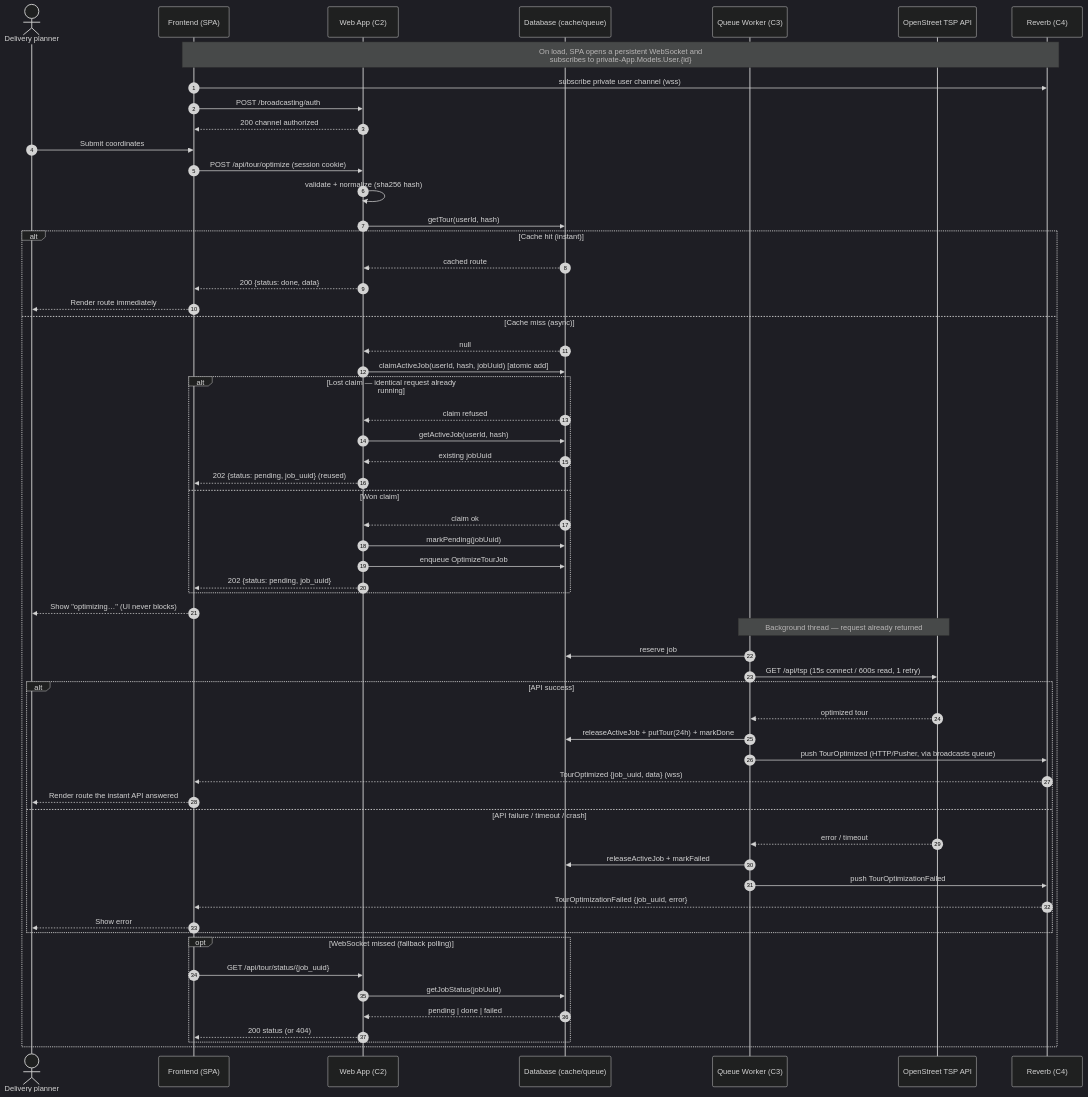
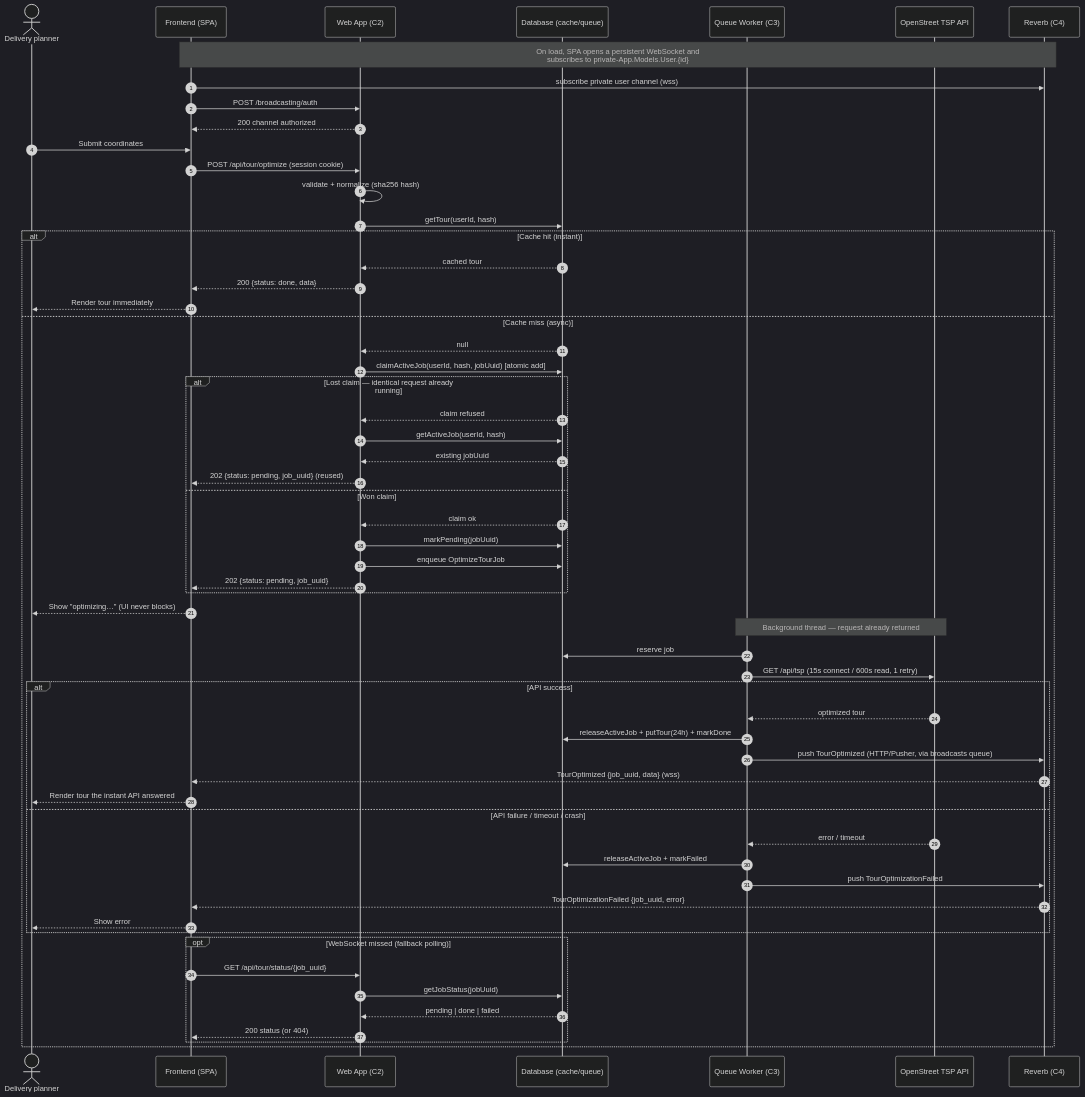
The diagram in specs/001-delivery-route-optimization/_seq.mmd (Bruoche/optistock), drawn with Mermaid (dark theme) before and after one commit. The commit also changed 2 other files, not shown here.

Commit message:
Updating doc with route rename to tour

```diff
--- a/specs/001-delivery-route-optimization/_seq.mmd
+++ b/specs/001-delivery-route-optimization/_seq.mmd
@@ -1,65 +1,65 @@
 sequenceDiagram
     autonumber
     actor U as Delivery planner
     participant F as Frontend (SPA)
     participant W as Web App (C2)
     participant DB as Database (cache/queue)
     participant Q as Queue Worker (C3)
     participant API as OpenStreet TSP API
     participant WS as Reverb (C4)
 
     Note over F,WS: On load, SPA opens a persistent WebSocket and<br/>subscribes to private-App.Models.User.{id}
     F->>WS: subscribe private user channel (wss)
     F->>W: POST /broadcasting/auth
     W-->>F: 200 channel authorized
 
     U->>F: Submit coordinates
     F->>W: POST /api/tour/optimize (session cookie)
     W->>W: validate + normalize (sha256 hash)
     W->>DB: getTour(userId, hash)
 
     alt Cache hit (instant)
-        DB-->>W: cached route
+        DB-->>W: cached tour
         W-->>F: 200 {status: done, data}
-        F-->>U: Render route immediately
+        F-->>U: Render tour immediately
     else Cache miss (async)
         DB-->>W: null
         W->>DB: claimActiveJob(userId, hash, jobUuid) [atomic add]
         alt Lost claim — identical request already running
             DB-->>W: claim refused
             W->>DB: getActiveJob(userId, hash)
             DB-->>W: existing jobUuid
             W-->>F: 202 {status: pending, job_uuid} (reused)
         else Won claim
             DB-->>W: claim ok
             W->>DB: markPending(jobUuid)
             W->>DB: enqueue OptimizeTourJob
             W-->>F: 202 {status: pending, job_uuid}
         end
         F-->>U: Show "optimizing…" (UI never blocks)
 
         Note over Q,API: Background thread — request already returned
         Q->>DB: reserve job
         Q->>API: GET /api/tsp (15s connect / 600s read, 1 retry)
 
         alt API success
             API-->>Q: optimized tour
             Q->>DB: releaseActiveJob + putTour(24h) + markDone
             Q->>WS: push TourOptimized (HTTP/Pusher, via broadcasts queue)
             WS-->>F: TourOptimized {job_uuid, data} (wss)
-            F-->>U: Render route the instant API answered
+            F-->>U: Render tour the instant API answered
         else API failure / timeout / crash
             API-->>Q: error / timeout
             Q->>DB: releaseActiveJob + markFailed
             Q->>WS: push TourOptimizationFailed
             WS-->>F: TourOptimizationFailed {job_uuid, error}
             F-->>U: Show error
         end
 
         opt WebSocket missed (fallback polling)
             F->>W: GET /api/tour/status/{job_uuid}
             W->>DB: getJobStatus(jobUuid)
             DB-->>W: pending | done | failed
             W-->>F: 200 status (or 404)
         end
     end
```
